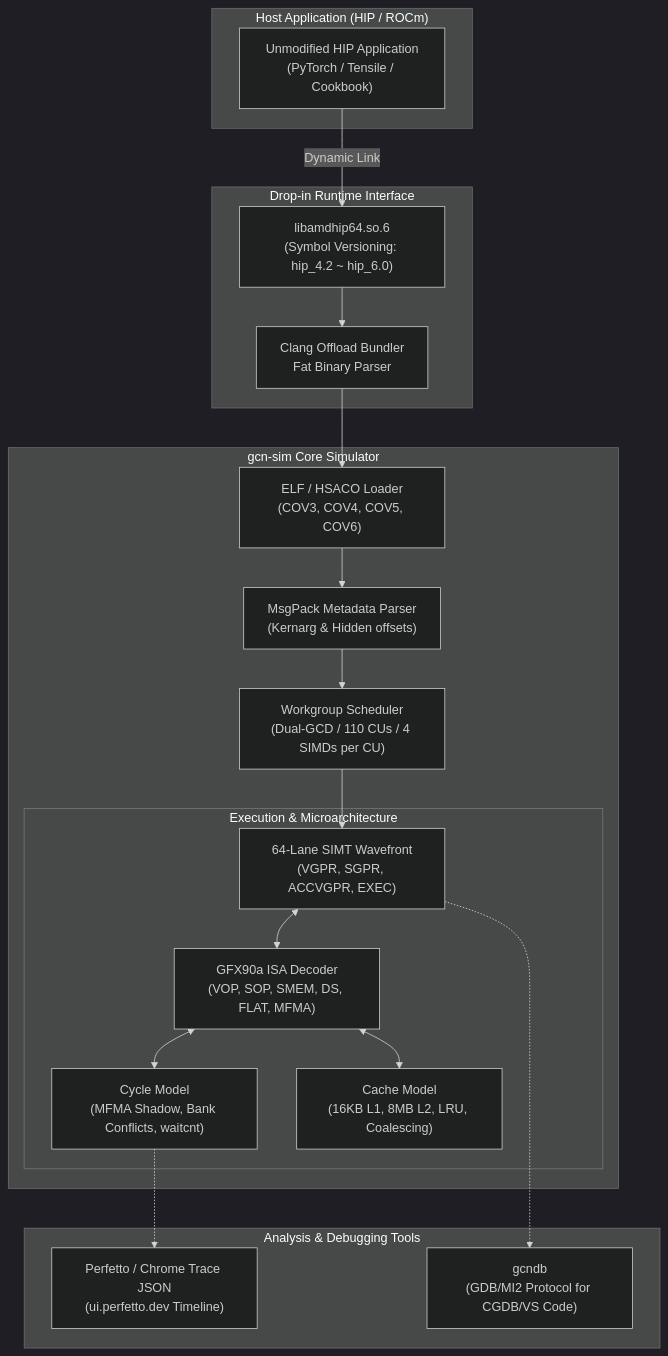
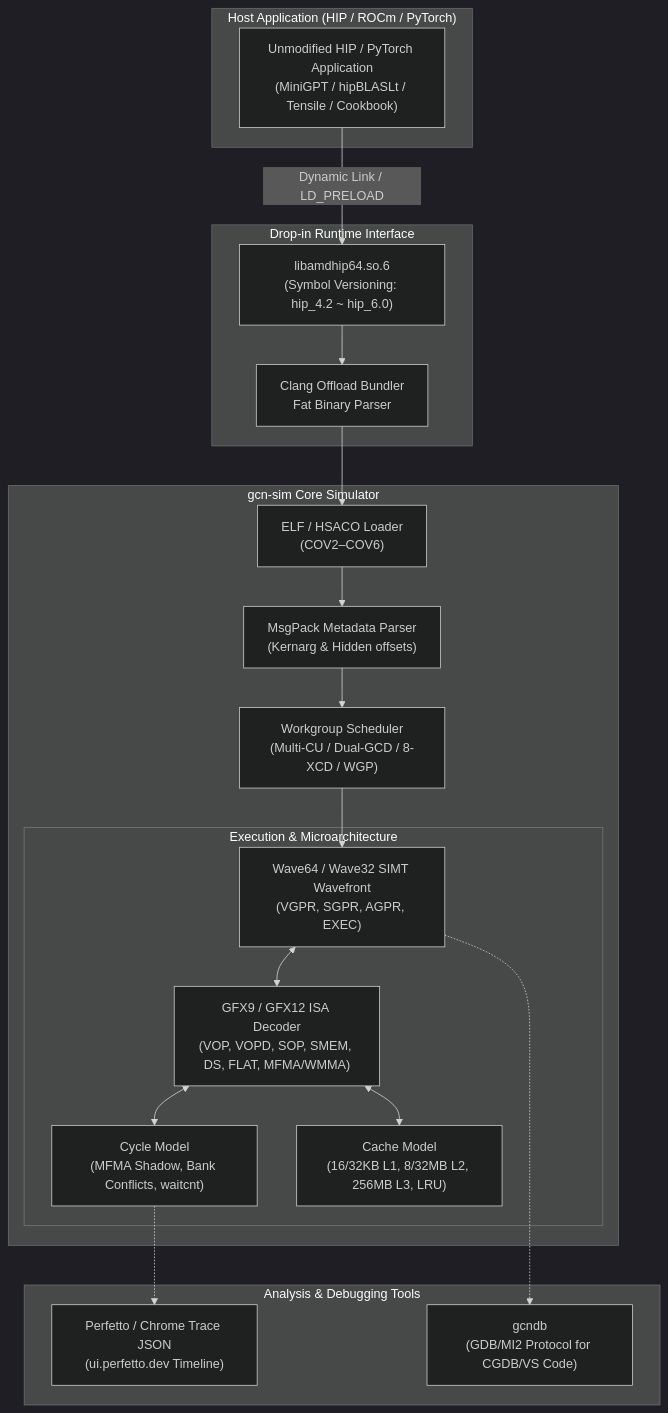
One commit to Serge45/gcn-sim changed the diagram in README.md. Above: the diagram before and after it, drawn with Mermaid (dark theme). The commit also changed other lines of this file and 3 other files, not shown here.

````diff
--- a/README.md
+++ b/README.md
@@ -75,41 +80,41 @@
 ```mermaid
 flowchart TD
-    subgraph HostApp["Host Application (HIP / ROCm)"]
-        App["Unmodified HIP Application\n(PyTorch / Tensile / Cookbook)"]
+    subgraph HostApp["Host Application (HIP / ROCm / PyTorch)"]
+        App["Unmodified HIP / PyTorch Application\n(MiniGPT / hipBLASLt / Tensile / Cookbook)"]
     end
 
     subgraph Hijack["Drop-in Runtime Interface"]
         SO["libamdhip64.so.6\n(Symbol Versioning: hip_4.2 ~ hip_6.0)"]
         Bundle["Clang Offload Bundler\nFat Binary Parser"]
     end
 
     subgraph SimEngine["gcn-sim Core Simulator"]
-        ELFLoader["ELF / HSACO Loader\n(COV3, COV4, COV5, COV6)"]
+        ELFLoader["ELF / HSACO Loader\n(COV2–COV6)"]
         Meta["MsgPack Metadata Parser\n(Kernarg & Hidden offsets)"]
-        Sched["Workgroup Scheduler\n(Dual-GCD / 110 CUs / 4 SIMDs per CU)"]
+        Sched["Workgroup Scheduler\n(Multi-CU / Dual-GCD / 8-XCD / WGP)"]
         
         subgraph Exec["Execution & Microarchitecture"]
-            Wave["64-Lane SIMT Wavefront\n(VGPR, SGPR, ACCVGPR, EXEC)"]
-            Decoder["GFX90a ISA Decoder\n(VOP, SOP, SMEM, DS, FLAT, MFMA)"]
+            Wave["Wave64 / Wave32 SIMT Wavefront\n(VGPR, SGPR, AGPR, EXEC)"]
+            Decoder["GFX9 / GFX12 ISA Decoder\n(VOP, VOPD, SOP, SMEM, DS, FLAT, MFMA/WMMA)"]
             CycleModel["Cycle Model\n(MFMA Shadow, Bank Conflicts, waitcnt)"]
-            CacheModel["Cache Model\n(16KB L1, 8MB L2, LRU, Coalescing)"]
+            CacheModel["Cache Model\n(16/32KB L1, 8/32MB L2, 256MB L3, LRU)"]
         end
     end
 
     subgraph Output["Analysis & Debugging Tools"]
         Trace["Perfetto / Chrome Trace JSON\n(ui.perfetto.dev Timeline)"]
         Debugger["gcndb\n(GDB/MI2 Protocol for CGDB/VS Code)"]
     end
 
-    App -->|Dynamic Link| SO
+    App -->|Dynamic Link / LD_PRELOAD| SO
     SO --> Bundle
     Bundle --> ELFLoader
     ELFLoader --> Meta
     Meta --> Sched
     Sched --> Wave
     Wave <--> Decoder
     Decoder <--> CycleModel
     Decoder <--> CacheModel
     CycleModel -.-> Trace
     Wave -.-> Debugger
 ```
````
